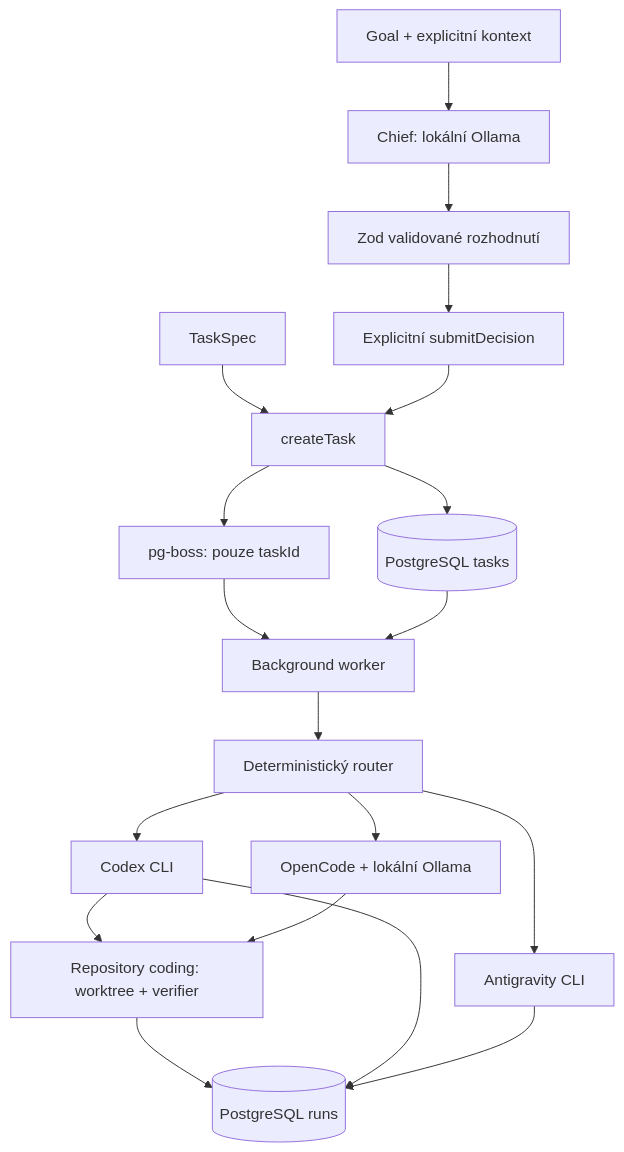
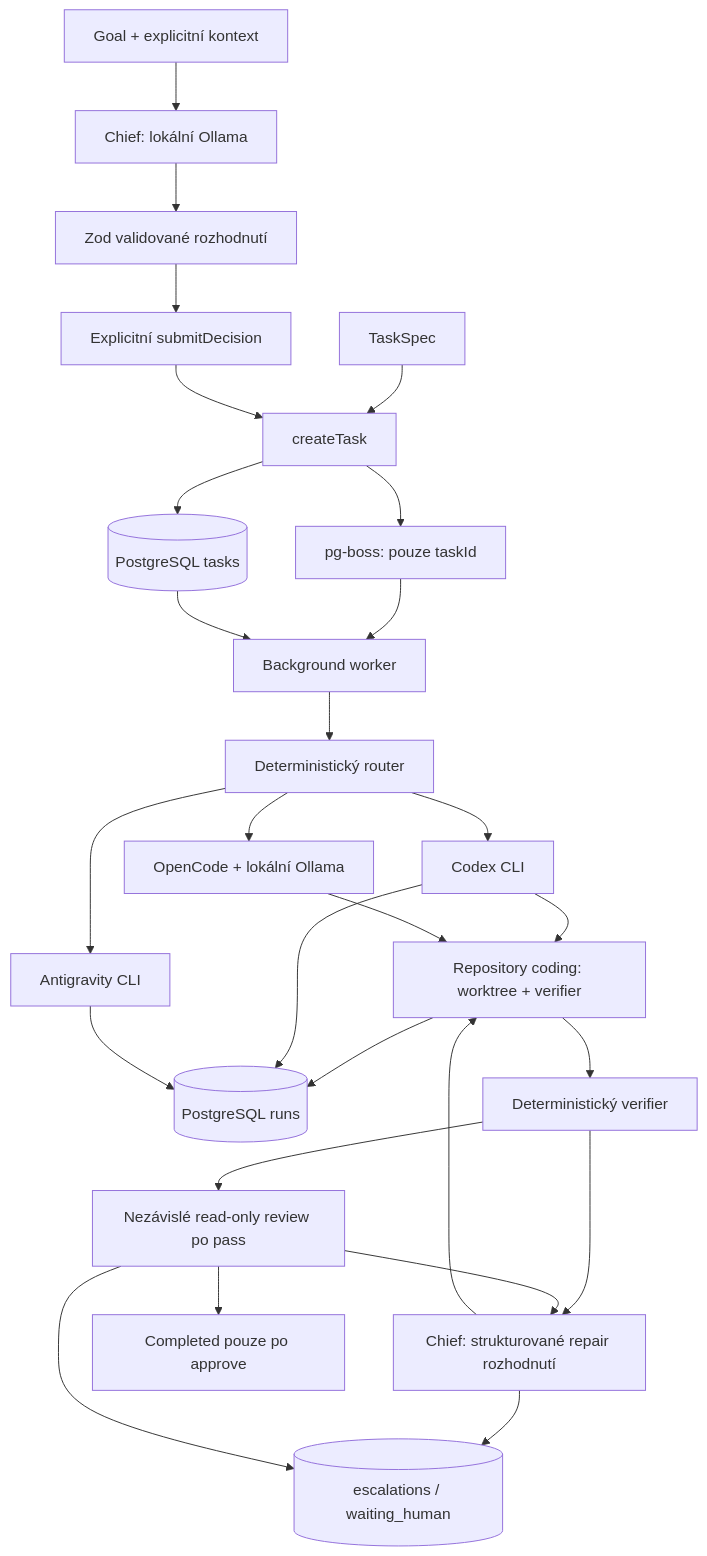
One commit to Johnyyy1/agentorchestrator changed the diagram in docs/architecture.md. Above: the diagram before and after it, drawn with Mermaid. The commit also changed other lines of this file and 40 other files, not shown here.

Commit message:
Add autonomous repair review orchestration

````diff
--- a/docs/architecture.md
+++ b/docs/architecture.md
@@ -5,21 +5,29 @@
 ```mermaid
 flowchart TD
     Goal[Goal + explicitní kontext] --> Chief[Chief: lokální Ollama]
     Chief --> Decision[Zod validované rozhodnutí]
     Decision --> Submit[Explicitní submitDecision]
     Spec[TaskSpec] --> Create[createTask]
     Submit --> Create
     Create --> Tasks[(PostgreSQL tasks)]
     Create --> Queue[pg-boss: pouze taskId]
     Queue --> Worker[Background worker]
     Tasks --> Worker
     Worker --> Router[Deterministický router]
     Router --> Codex[Codex CLI]
     Router --> AGY[Antigravity CLI]
     Router --> OpenCode[OpenCode + lokální Ollama]
     Codex --> Worktree[Repository coding: worktree + verifier]
     Worktree --> Runs[(PostgreSQL runs)]
+    Worktree --> Verifier[Deterministický verifier]
+    Verifier --> RepairChief[Chief: strukturované repair rozhodnutí]
+    RepairChief --> Worktree
+    Verifier --> Independent[Nezávislé read-only review po pass]
+    Independent --> RepairChief
+    Independent --> Complete[Completed pouze po approve]
+    RepairChief --> Human[(escalations / waiting_human)]
+    Independent --> Human
     Codex --> Runs
     AGY --> Runs
     OpenCode --> Worktree
 ```
````
